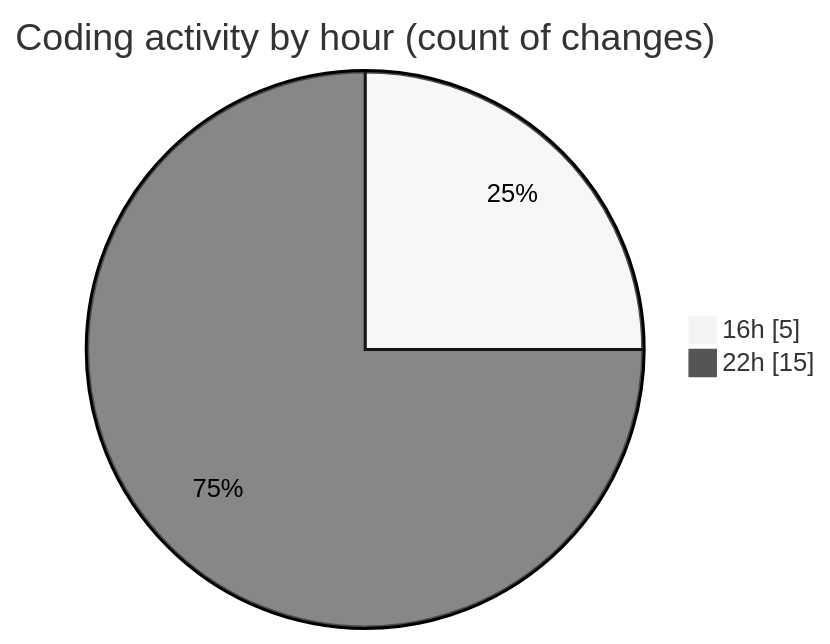
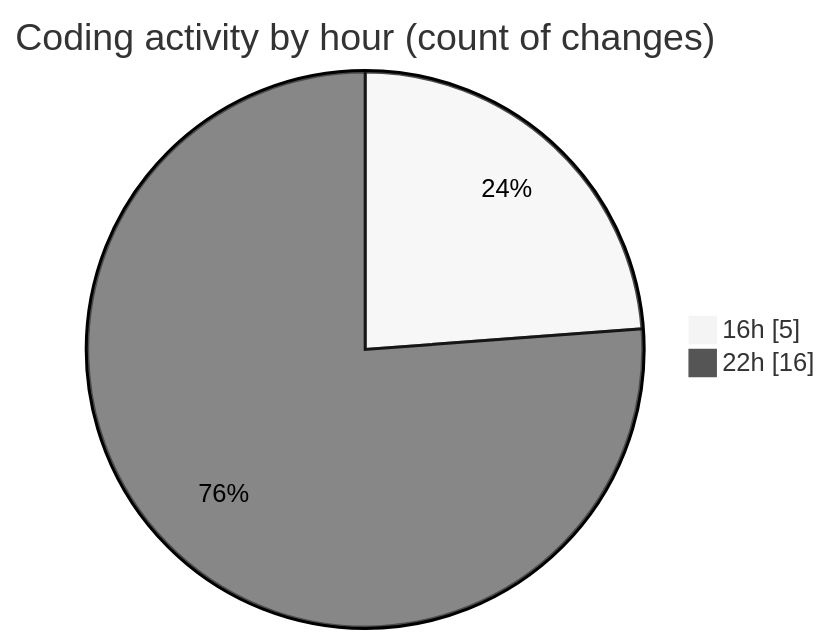
Before and after one commit to robertbonfada/code-tracking: the second of 2 diagrams in 2025-03-18/peregrino-web/README.md, drawn with Mermaid (neutral theme). The commit also changed other lines of this file and 1 other file, not shown here.

````diff
--- a/2025-03-18/peregrino-web/README.md
+++ b/2025-03-18/peregrino-web/README.md
@@ -34,6 +36,6 @@
 ```mermaid
 pie showData
 title Coding activity by hour (count of changes)
 "16h" : 5
-"22h" : 15
+"22h" : 16
 ```
````
